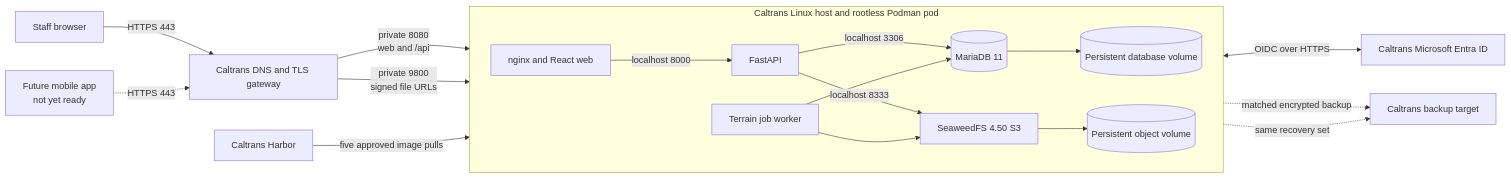
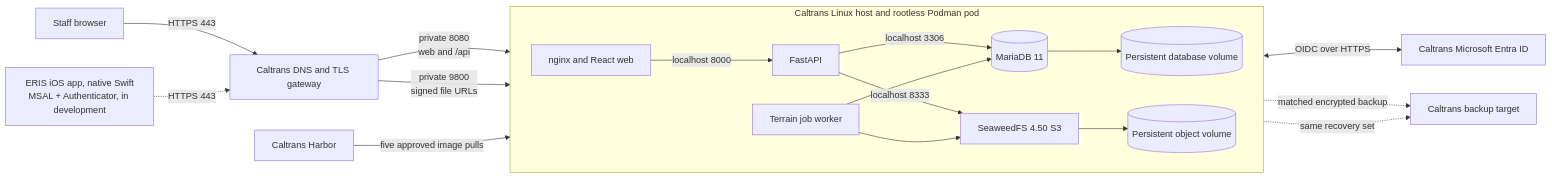
The first of 3 diagrams in docs/caltrans-it-deployment-brief.md (Alexeitor292/ERIS_REACT_native), drawn with Mermaid before and after one commit. The commit also changed other lines of this file and 87 other files, not shown here.

````diff
--- a/docs/caltrans-it-deployment-brief.md
+++ b/docs/caltrans-it-deployment-brief.md
@@ -13,23 +13,23 @@
 ```mermaid
 flowchart LR
     Browser[Staff browser] -->|HTTPS 443| Gateway[Caltrans DNS and TLS gateway]
-    Mobile[Future mobile app<br/>not yet ready] -.->|HTTPS 443| Gateway
+    Mobile[ERIS iOS app, native Swift<br/>MSAL + Authenticator, in development] -.->|HTTPS 443| Gateway
     Gateway -->|private 8080<br/>web and /api| Web
     Gateway -->|private 9800<br/>signed file URLs| S3
 
     subgraph Host[Caltrans Linux host and rootless Podman pod]
         direction LR
         Web[nginx and React web] -->|localhost 8000| API[FastAPI]
         API -->|localhost 3306| DB[(MariaDB 11)]
         API -->|localhost 8333| S3[SeaweedFS 4.50 S3]
         Worker[Terrain job worker] --> DB
         Worker --> S3
         DB --> DBVolume[(Persistent database volume)]
         S3 --> S3Volume[(Persistent object volume)]
     end
 
     API <-->|OIDC over HTTPS| Entra[Caltrans Microsoft Entra ID]
     Harbor[Caltrans Harbor] -->|five approved image pulls| Host
     DBVolume -.->|matched encrypted backup| Backup[Caltrans backup target]
     S3Volume -.->|same recovery set| Backup
 ```
````
